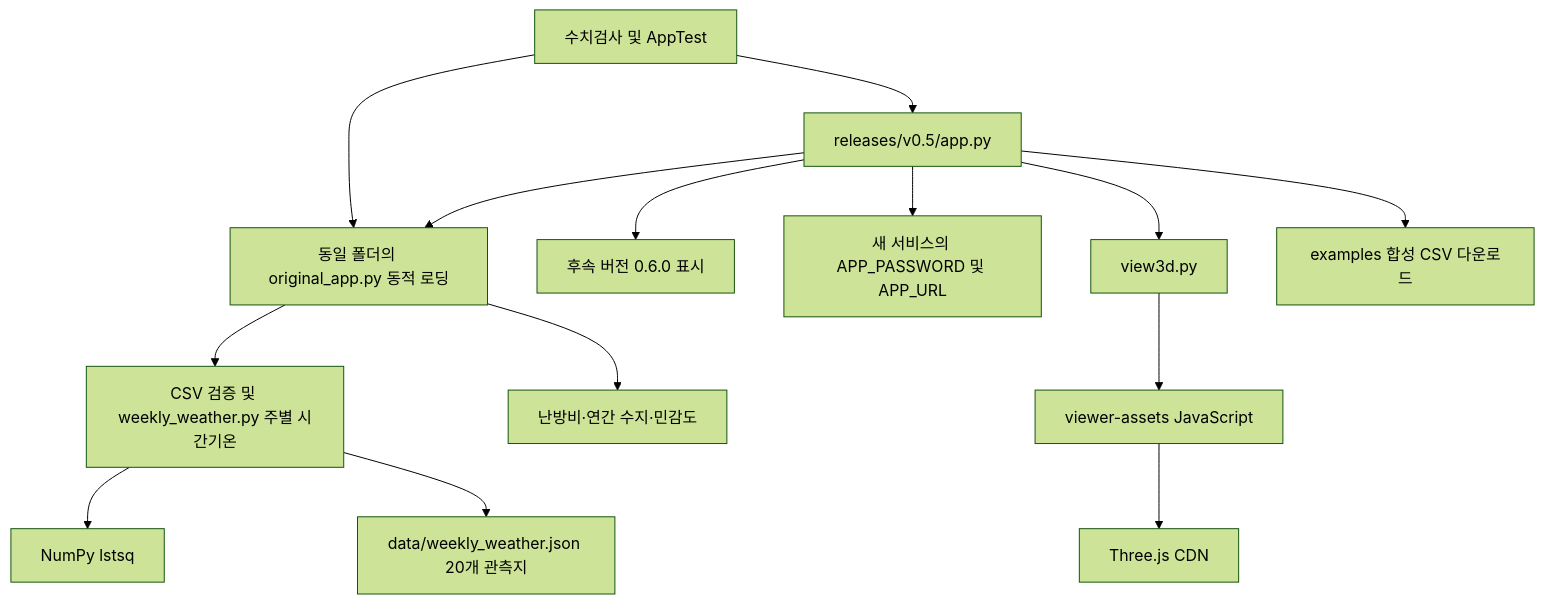
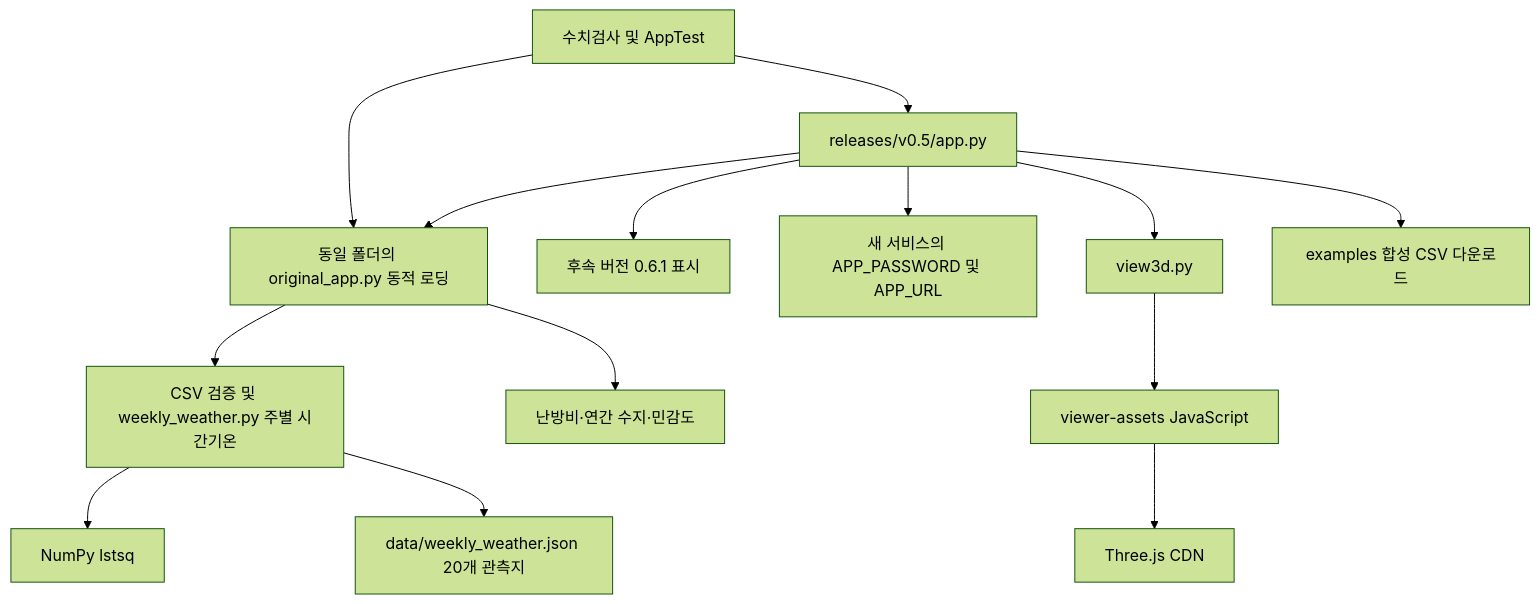
Before and after one commit to kuk-jong/fig-heating-decision-app: the fourth of 5 diagrams in releases/v0.5/docs/APP_BLUEPRINT.md, drawn with Mermaid (forest theme). The commit also changed other lines of this file and 13 other files, not shown here.

````diff
--- a/releases/v0.5/docs/APP_BLUEPRINT.md
+++ b/releases/v0.5/docs/APP_BLUEPRINT.md
@@ -206,16 +205,16 @@
 ```mermaid
 flowchart TD
     entry["releases/v0.5/app.py"] --> core["동일 폴더의 original_app.py 동적 로딩"]
-    entry --> version["후속 버전 0.6.0 표시"]
+    entry --> version["후속 버전 0.6.1 표시"]
     entry --> config["새 서비스의 APP_PASSWORD 및 APP_URL"]
     core --> regress["CSV 검증 및 weekly_weather.py 주별 시간기온"]
     regress --> numpy["NumPy lstsq"]
     regress --> bundled["data/weekly_weather.json 20개 관측지"]
     core --> heating["난방비·연간 수지·민감도"]
     entry --> component["view3d.py"]
     component --> assets["viewer-assets JavaScript"]
     assets --> cdn["Three.js CDN"]
     entry --> sample["examples 합성 CSV 다운로드"]
     tests["수치검사 및 AppTest"] --> core
     tests --> entry
 ```
````
